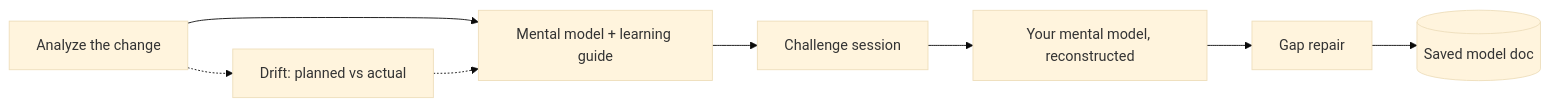
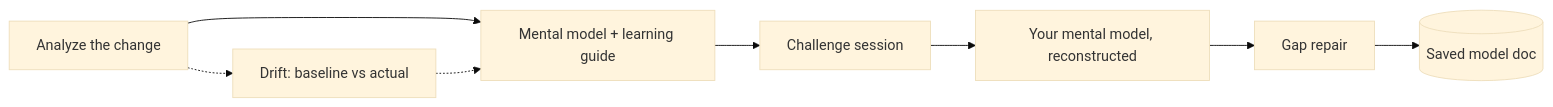
The diagram in README.md (devTabasco/brainload), drawn with Mermaid (base theme) before and after one commit. The commit also changed other lines of this file, not shown here.

First line of the commit message:
README: add first-run guide, finish baseline rename

````diff
--- a/README.md
+++ b/README.md
@@ -44,10 +44,10 @@
 ```mermaid
 flowchart LR
     A[Analyze the change] --> D[Mental model + learning guide]
-    A -.-> B[Drift: planned vs actual]
+    A -.-> B[Drift: baseline vs actual]
     B -.-> D
     D --> C[Challenge session]
     C --> Y[Your mental model, reconstructed]
     Y --> R[Gap repair]
     R --> M[(Saved model doc)]
 ```
````
